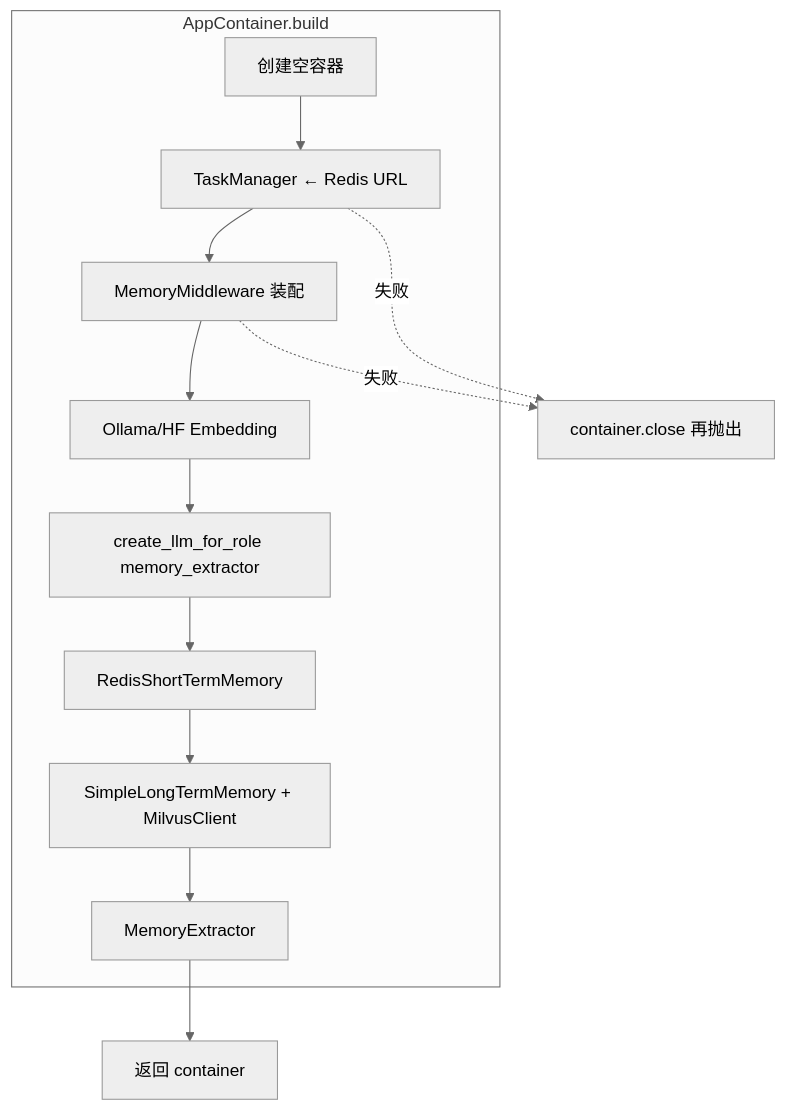
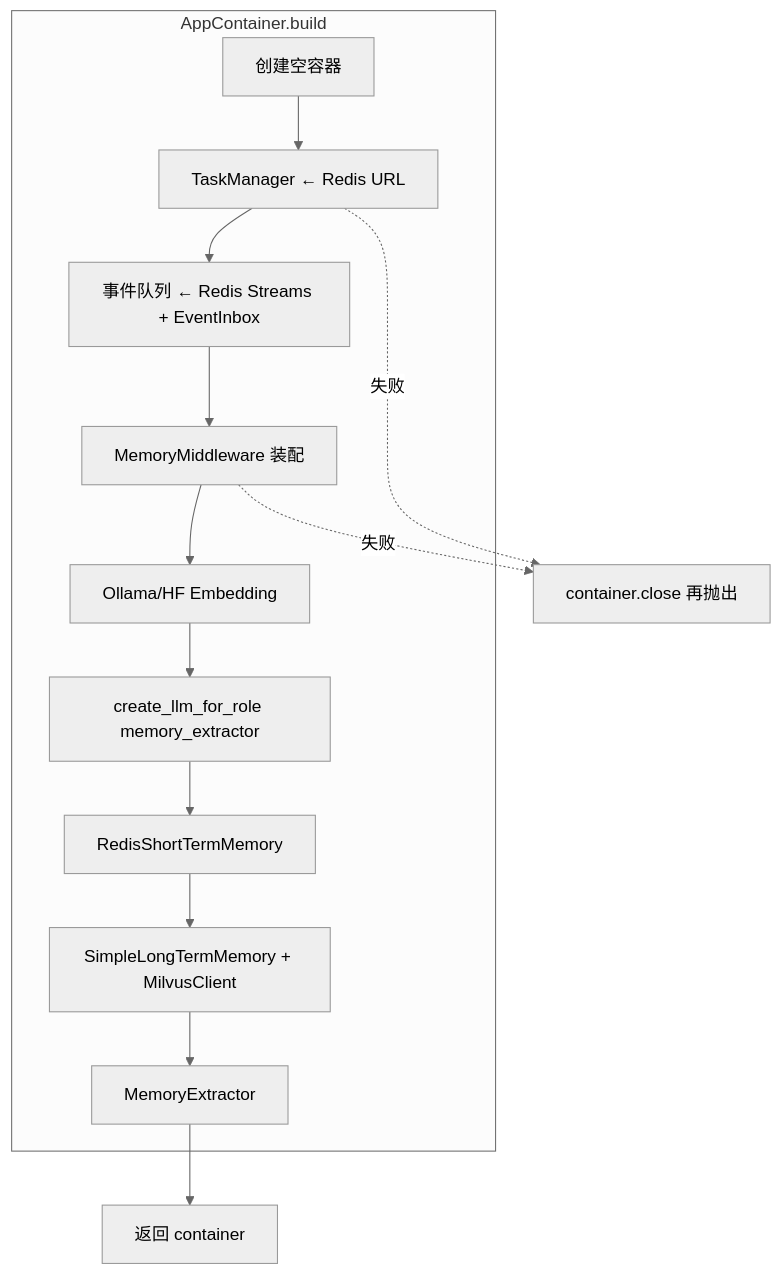
Before and after one commit to bitladykiller/-: the fifth of 36 diagrams in docs/modules/00-全流程图集.md, drawn with Mermaid (neutral theme). The commit also changed other lines of this file and 19 other files, not shown here.

````diff
--- a/docs/modules/00-全流程图集.md
+++ b/docs/modules/00-全流程图集.md
@@ -205,18 +212,19 @@
 ```mermaid
 flowchart TB
     subgraph Build["AppContainer.build"]
         B1[创建空容器]
         B2[TaskManager ← Redis URL]
+        B2a[事件队列 ← Redis Streams + EventInbox]
         B3[MemoryMiddleware 装配]
         B3a[Ollama/HF Embedding]
         B3b[create_llm_for_role memory_extractor]
         B3c[RedisShortTermMemory]
         B3d[SimpleLongTermMemory + MilvusClient]
         B3e[MemoryExtractor]
-        B1 --> B2 --> B3
+        B1 --> B2 --> B2a --> B3
         B3 --> B3a --> B3b --> B3c --> B3d --> B3e
     end
     B3e --> OK[返回 container]
     B2 -.失败.-> CL[container.close 再抛出]
     B3 -.失败.-> CL
 ```
````
